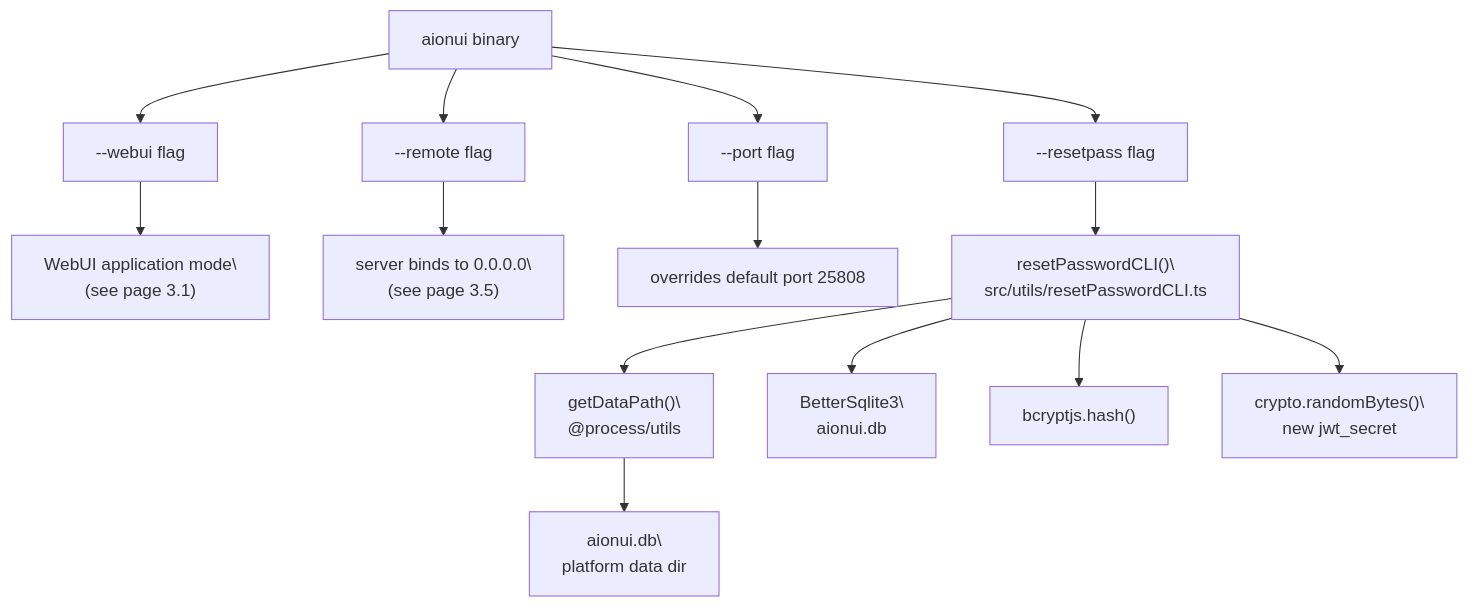
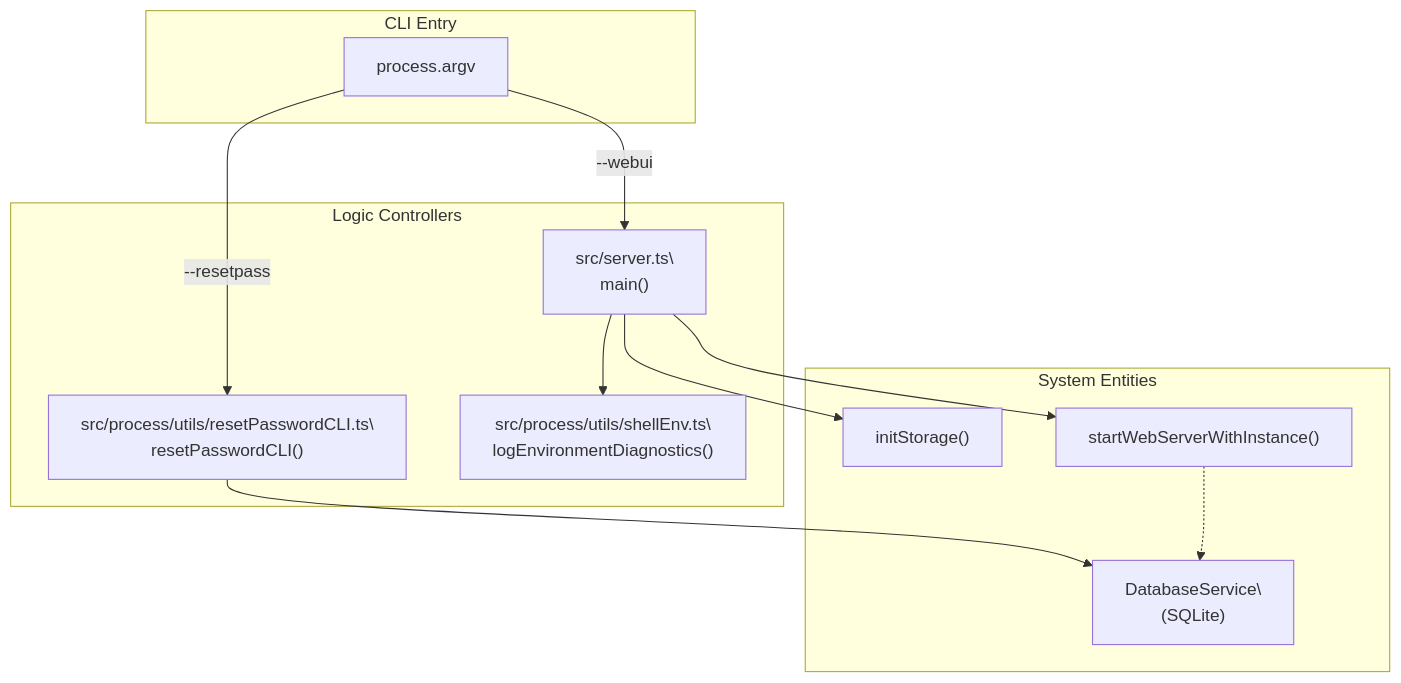
The second of 2 diagrams in docs/iOfficeAI_AionUi/cli-utilities.md (blackcater/zentree), drawn with Mermaid before and after one commit. The commit also changed other lines of this file and 232 other files, not shown here.

````diff
--- a/docs/iOfficeAI_AionUi/cli-utilities.md
+++ b/docs/iOfficeAI_AionUi/cli-utilities.md
@@ -209,32 +136,30 @@
 ```mermaid
 flowchart TD
-    binary["aionui binary"]
-    flag_webui["--webui flag"]
-    flag_remote["--remote flag"]
-    flag_port["--port flag"]
-    flag_resetpass["--resetpass flag"]
+    subgraph "CLI Entry"
+        ARGV["process.argv"]
+    end
 
-    binary --> flag_webui
-    binary --> flag_remote
-    binary --> flag_port
-    binary --> flag_resetpass
+    subgraph "Logic Controllers"
+        SERVER["src/server.ts\
+main()"]
+        RESET["src/process/utils/resetPasswordCLI.ts\
+resetPasswordCLI()"]
+        DIAG["src/process/utils/shellEnv.ts\
+logEnvironmentDiagnostics()"]
+    end
 
-    flag_webui --> webui_mode["WebUI application mode\
-(see page 3.1)"]
-    flag_remote --> remote_bind["server binds to 0.0.0.0\
-(see page 3.5)"]
-    flag_port --> port_override["overrides default port 25808"]
-    flag_resetpass --> resetPasswordCLI["resetPasswordCLI()\
-src/utils/resetPasswordCLI.ts"]
+    subgraph "System Entities"
+        DB_S["DatabaseService\
+(SQLite)"]
+        STORE["initStorage()"]
+        WEB["startWebServerWithInstance()"]
+    end
 
-    resetPasswordCLI --> getDataPath["getDataPath()\
-@process/utils"]
-    resetPasswordCLI --> BetterSqlite3["BetterSqlite3\
-aionui.db"]
-    resetPasswordCLI --> bcryptjs["bcryptjs.hash()"]
-    resetPasswordCLI --> crypto["crypto.randomBytes()\
-new jwt_secret"]
-
-    getDataPath --> dbpath["aionui.db\
- platform data dir"]
+    ARGV -- "--resetpass" --> RESET
+    ARGV -- "--webui" --> SERVER
+    SERVER --> DIAG
+    SERVER --> STORE
+    SERVER --> WEB
+    RESET --> DB_S
+    WEB -.-> DB_S
 ```
````
